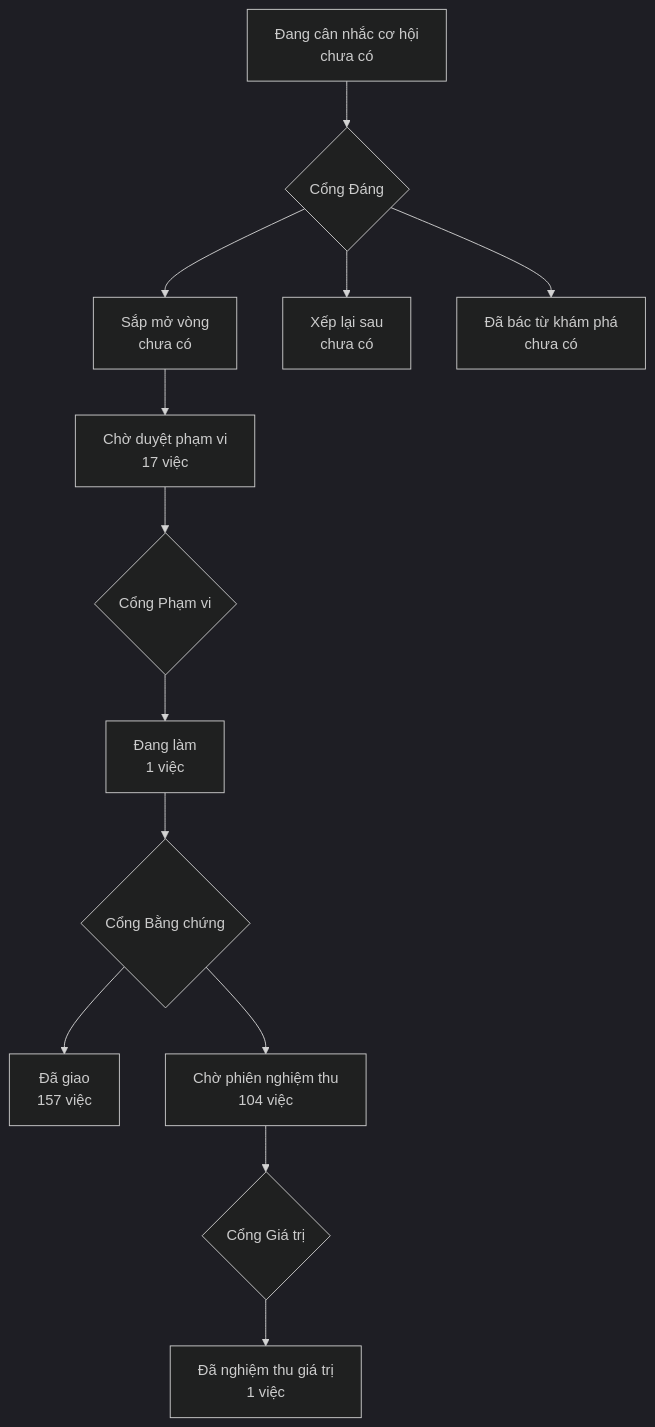
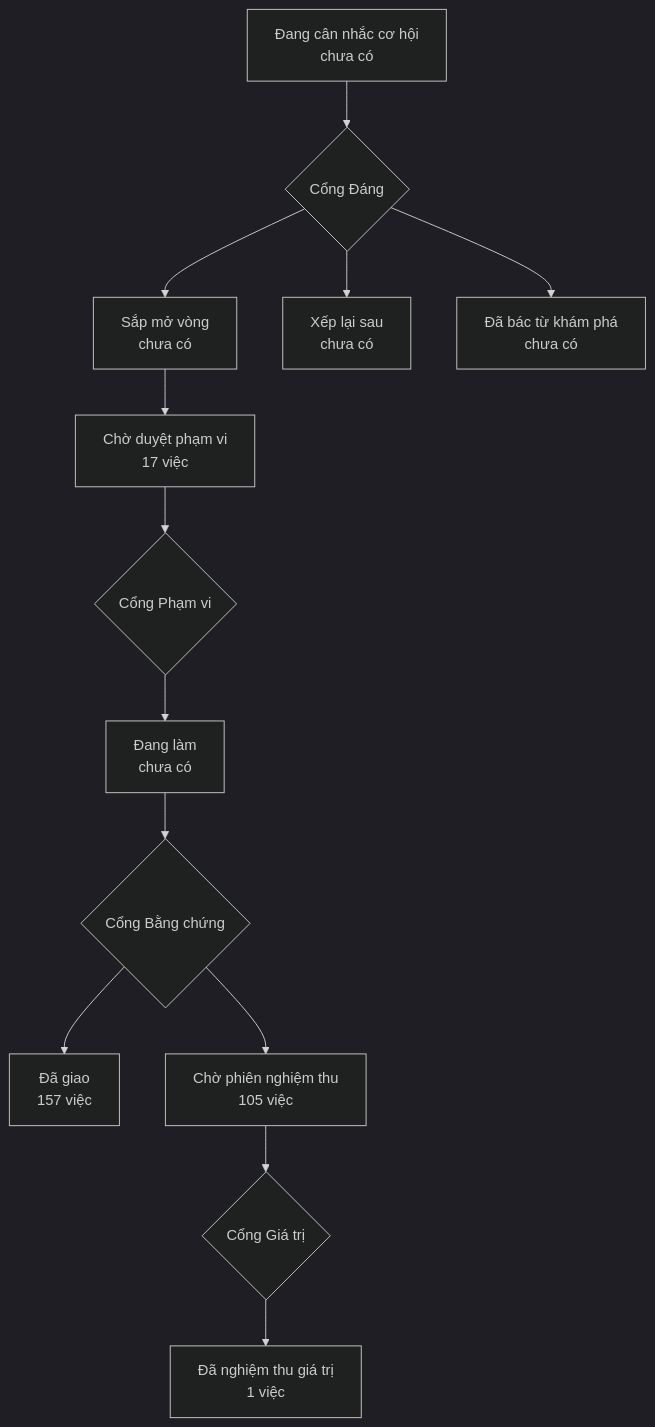
Before and after one commit to phanlemanh/onehub-invest: the diagram in PRODUCT-MAP.md, drawn with Mermaid (dark theme). The commit also changed other lines of this file and 4 other files, not shown here.

````diff
--- a/PRODUCT-MAP.md
+++ b/PRODUCT-MAP.md
@@ -7,12 +7,12 @@
 ```mermaid
 flowchart TD
   A["Đang cân nhắc cơ hội<br/>chưa có"] --> GD{"Cổng Đáng"}
   GD --> B["Sắp mở vòng<br/>chưa có"]
   GD --> XL["Xếp lại sau<br/>chưa có"]
   GD --> DB["Đã bác từ khám phá<br/>chưa có"]
   B --> CD["Chờ duyệt phạm vi<br/>17 việc"] --> GP{"Cổng Phạm vi"}
-  GP --> DL["Đang làm<br/>1 việc"] --> GB{"Cổng Bằng chứng"}
+  GP --> DL["Đang làm<br/>chưa có"] --> GB{"Cổng Bằng chứng"}
   GB --> DG["Đã giao<br/>157 việc"]
-  GB --> CN["Chờ phiên nghiệm thu<br/>104 việc"] --> GG{"Cổng Giá trị"}
+  GB --> CN["Chờ phiên nghiệm thu<br/>105 việc"] --> GG{"Cổng Giá trị"}
   GG --> NT["Đã nghiệm thu giá trị<br/>1 việc"]
 ```
````
